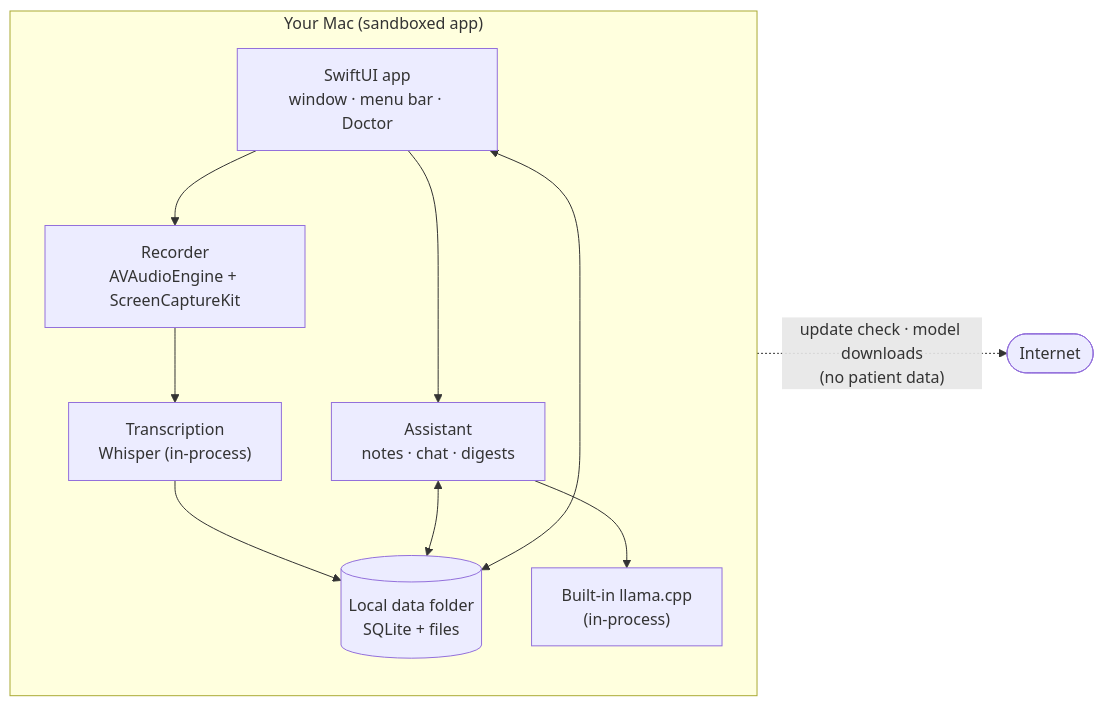
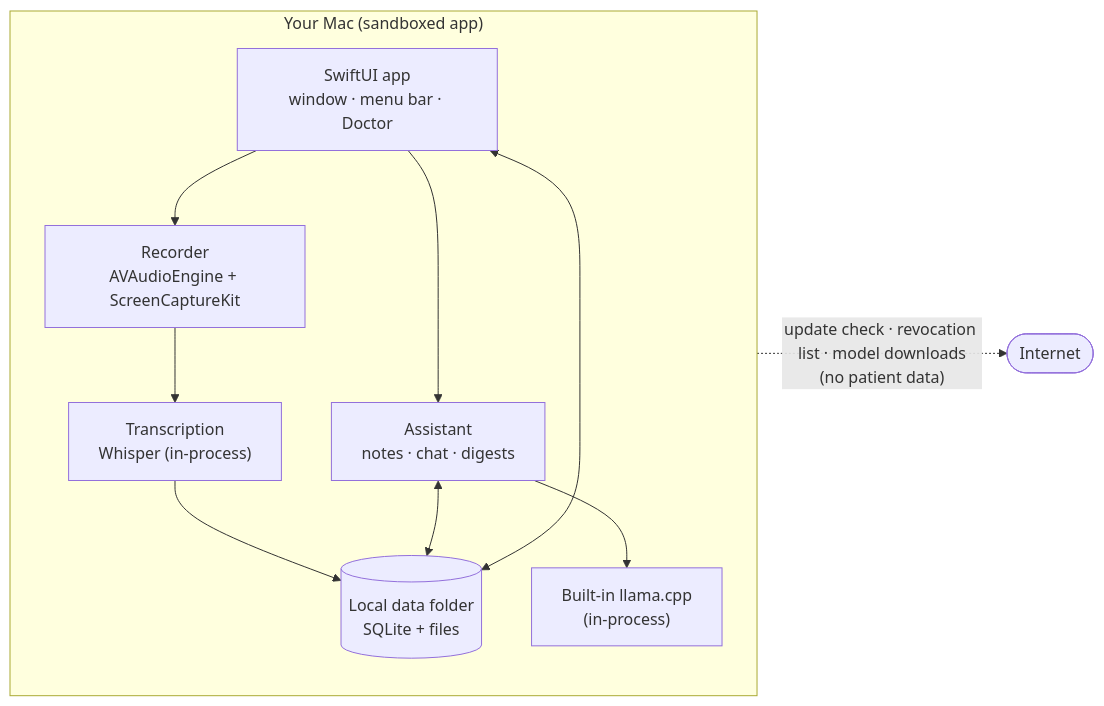
Before and after one commit to mgwedd/aletheia: the first of 3 diagrams in README.md, drawn with Mermaid. The commit also changed other lines of this file and 12 other files, not shown here.

Commit message:
feat(helper): fetch the license revocation list

````diff
--- a/README.md
+++ b/README.md
@@ -69,17 +69,17 @@
 ```mermaid
 flowchart LR
   subgraph Mac["Your Mac (sandboxed app)"]
     UI["SwiftUI app<br/>window · menu bar · Doctor"]
     REC["Recorder<br/>AVAudioEngine + ScreenCaptureKit"]
     STT["Transcription<br/>Whisper (in-process)"]
     AI["Assistant<br/>notes · chat · digests"]
     DB[("Local data folder<br/>SQLite + files")]
     LLM["Built-in llama.cpp<br/>(in-process)"]
     UI --> REC --> STT --> DB
     UI --> AI --> LLM
     AI <--> DB
     UI <--> DB
   end
   NET(["Internet"])
-  Mac -. "update check · model downloads<br/>(no patient data)" .-> NET
+  Mac -. "update check · revocation list · model downloads<br/>(no patient data)" .-> NET
 ```
````
